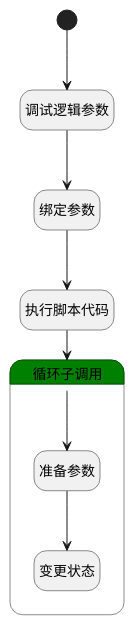
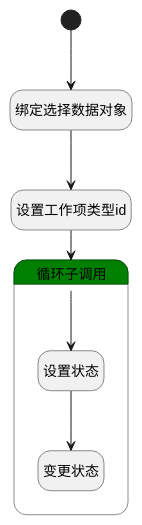
One commit to iBizLab/plm changed the diagram in doc/docsify/module/ProjMgmt/work_item/logic/change_state.md. Above: the diagram before and after it, drawn with PlantUML. The commit also changed other lines of this file and 1778 other files, not shown here.

````diff
--- a/doc/docsify/module/ProjMgmt/work_item/logic/change_state.md
+++ b/doc/docsify/module/ProjMgmt/work_item/logic/change_state.md
@@ -7,30 +7,28 @@
 ```plantuml
 @startuml
 hide empty description
 <style>
 root {
   HyperlinkColor #42b983
 }
 </style>
 
 hide empty description
 state "开始" as Begin <<start>> [[$./change_state#begin {"开始"}]]
-state "调试逻辑参数" as DEBUGPARAM1  [[$./change_state#debugparam1 {"调试逻辑参数"}]]
-state "绑定参数" as BINDPARAM1  [[$./change_state#bindparam1 {"绑定参数"}]]
-state "执行脚本代码" as RAWSFCODE1  [[$./change_state#rawsfcode1 {"执行脚本代码"}]]
+state "绑定选择数据对象" as BINDPARAM1  [[$./change_state#bindparam1 {"绑定选择数据对象"}]]
+state "设置工作项类型id" as RAWSFCODE1  [[$./change_state#rawsfcode1 {"设置工作项类型id"}]]
 state "循环子调用" as LOOPSUBCALL1  [[$./change_state#loopsubcall1 {"循环子调用"}]] #green {
-state "准备参数" as PREPAREPARAM2  [[$./change_state#prepareparam2 {"准备参数"}]]
+state "设置状态" as PREPAREPARAM2  [[$./change_state#prepareparam2 {"设置状态"}]]
 state "变更状态" as DEACTION1  [[$./change_state#deaction1 {"变更状态"}]]
 }
 
 
-Begin --> DEBUGPARAM1
-DEBUGPARAM1 --> BINDPARAM1
+Begin --> BINDPARAM1
 BINDPARAM1 --> RAWSFCODE1
 RAWSFCODE1 --> LOOPSUBCALL1
 LOOPSUBCALL1 --> PREPAREPARAM2
 PREPAREPARAM2 --> DEACTION1
 
 
 @enduml
 ```
````
